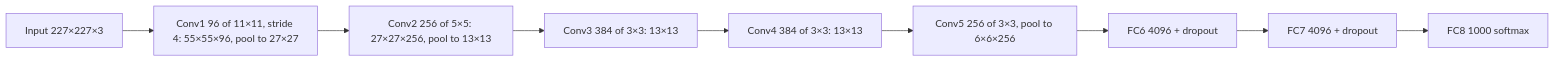
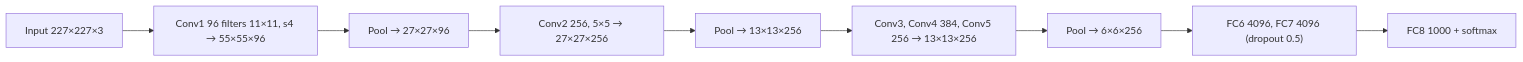
Before and after one commit to TrendySloth1001/sem-seven-notes: the diagram in content/deep-learning/pyq/2024-12/q2b.hi.mdx, drawn with Mermaid. The commit also changed other lines of this file and 186 other files, not shown here.

````diff
--- a/content/deep-learning/pyq/2024-12/q2b.hi.mdx
+++ b/content/deep-learning/pyq/2024-12/q2b.hi.mdx
@@ -19,12 +11,12 @@
 ```mermaid
-%% caption: AlexNet. Max pooling conv1, conv2 aur conv5 ke baad hai. Dropout pehli do fully connected layers mein use hota hai.
+%% caption: AlexNet: paanch convolution layers (1, 2 aur 5 ke baad max pooling) aur teen fully connected layers.
 flowchart LR
-  A["Input 227×227×3"] --> B["Conv1 96 of 11×11, stride 4: 55×55×96, pool to 27×27"]
-  B --> C["Conv2 256 of 5×5: 27×27×256, pool to 13×13"]
-  C --> D["Conv3 384 of 3×3: 13×13"]
-  D --> E["Conv4 384 of 3×3: 13×13"]
-  E --> F["Conv5 256 of 3×3, pool to 6×6×256"]
-  F --> G["FC6 4096 + dropout"]
-  G --> H["FC7 4096 + dropout"]
-  H --> I["FC8 1000 softmax"]
+  A["Input 227×227×3"] --> B["Conv1 96 filters 11×11, s4 → 55×55×96"]
+  B --> C["Pool → 27×27×96"]
+  C --> D["Conv2 256, 5×5 → 27×27×256"]
+  D --> E["Pool → 13×13×256"]
+  E --> F["Conv3, Conv4 384, Conv5 256 → 13×13×256"]
+  F --> G["Pool → 6×6×256"]
+  G --> H["FC6 4096, FC7 4096 (dropout 0.5)"]
+  H --> I["FC8 1000 + softmax"]
 ```
````
